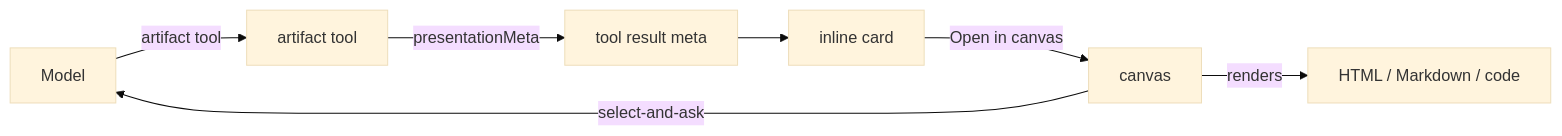
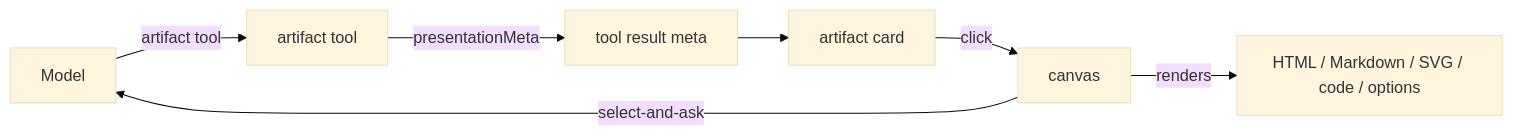
Before and after one commit to MexxiUK/dsh-artifacts: the diagram in README.md, drawn with Mermaid (base theme). The commit also changed other lines of this file and 9 other files, not shown here.

First line of the commit message:
feat: interactive options, SVG, console, and one-click fix

````diff
--- a/README.md
+++ b/README.md
@@ -89,9 +100,9 @@
 ```mermaid
 flowchart LR
   Model[Model] -->|artifact tool| Tool[artifact tool]
   Tool -->|presentationMeta| Meta[tool result meta]
-  Meta --> Card[inline card]
-  Card -->|Open in canvas| Canvas[canvas]
-  Canvas -->|renders| Out[HTML / Markdown / code]
+  Meta --> Card[artifact card]
+  Card -->|click| Canvas[canvas]
+  Canvas -->|renders| Out[HTML / Markdown / SVG / code / options]
   Canvas -->|select-and-ask| Model
 ```
````
